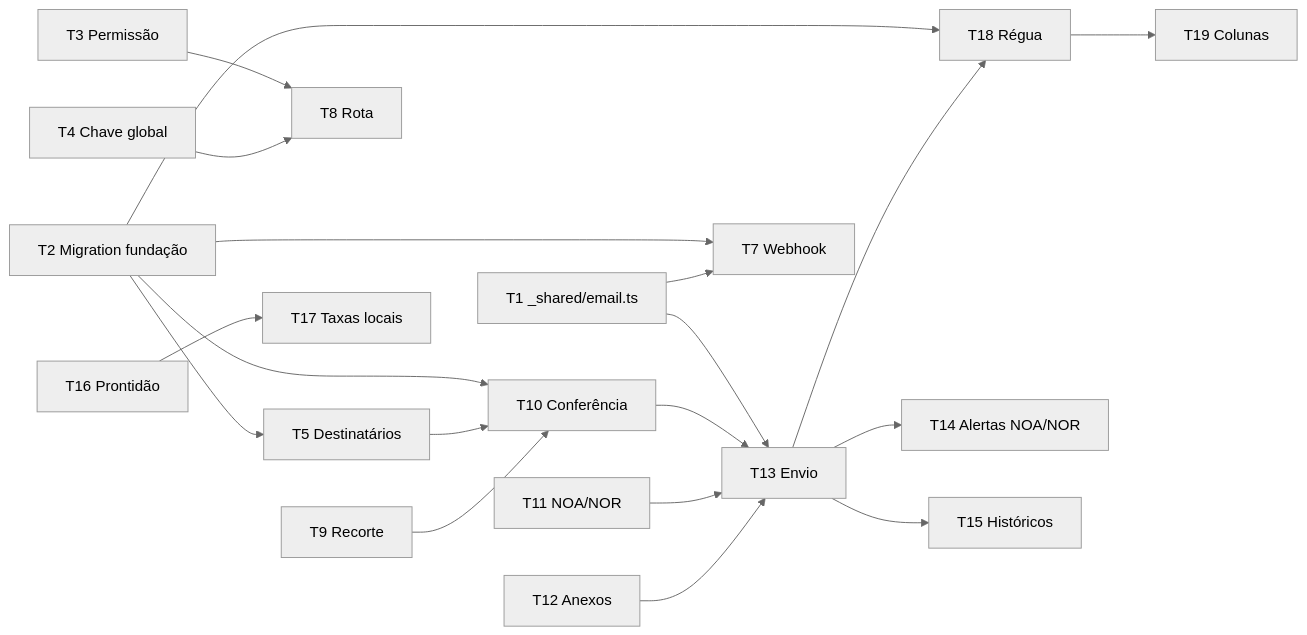
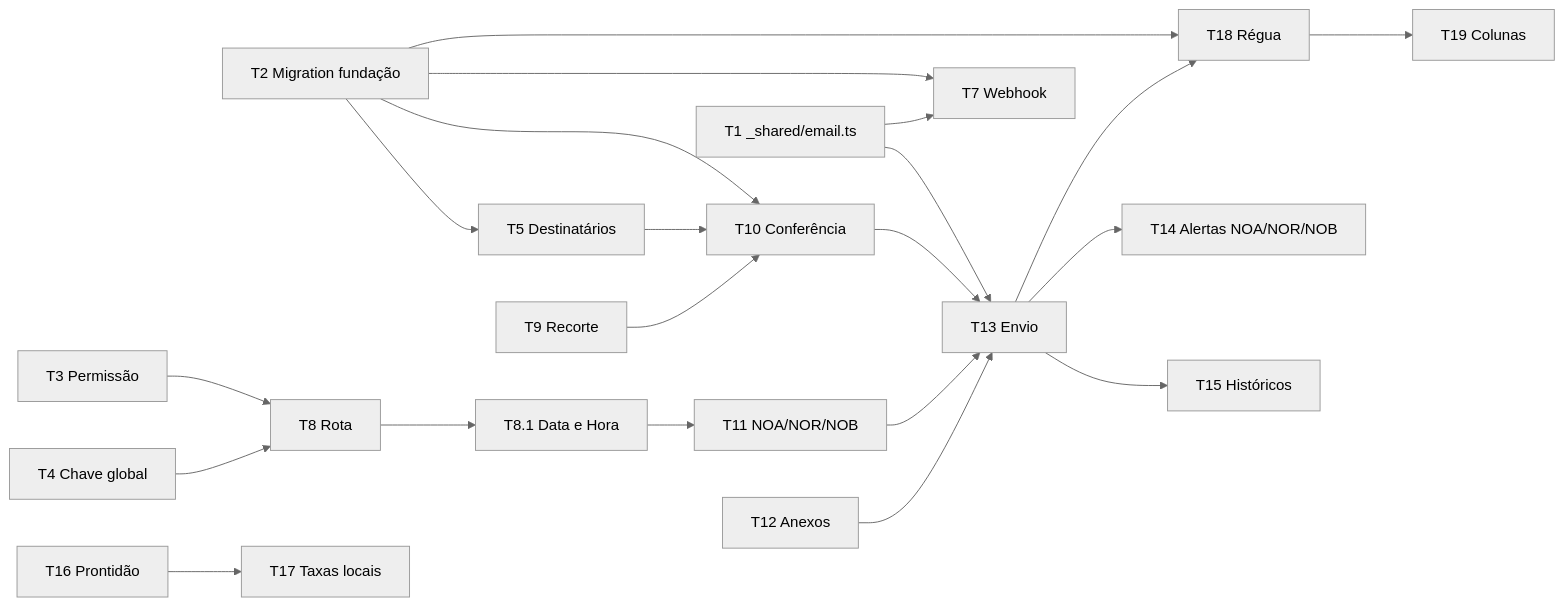
One commit to luccafwlog/transhippingdesk changed the diagram in docs/plans/2026-08-27-comunicacao-email-clientes.md. Above: the diagram before and after it, drawn with Mermaid (neutral theme). The commit also changed other lines of this file and 2 other files, not shown here.

````diff
--- a/docs/plans/2026-08-27-comunicacao-email-clientes.md
+++ b/docs/plans/2026-08-27-comunicacao-email-clientes.md
@@ -808,21 +939,23 @@
 ```mermaid
 flowchart LR
   T1[T1 _shared/email.ts] --> T13[T13 Envio]
   T2[T2 Migration fundação] --> T5[T5 Destinatários]
   T2 --> T7[T7 Webhook]
   T2 --> T10[T10 Conferência]
   T2 --> T18[T18 Régua]
   T1 --> T7
   T3[T3 Permissão] --> T8[T8 Rota]
   T4[T4 Chave global] --> T8
+  T8 --> T81[T8.1 Data e Hora]
+  T81 --> T11[T11 NOA/NOR/NOB]
   T5 --> T10
   T9[T9 Recorte] --> T10
   T10 --> T13
-  T11[T11 NOA/NOR] --> T13
+  T11 --> T13
   T12[T12 Anexos] --> T13
-  T13 --> T14[T14 Alertas NOA/NOR]
+  T13 --> T14[T14 Alertas NOA/NOR/NOB]
   T13 --> T15[T15 Históricos]
   T16[T16 Prontidão] --> T17[T17 Taxas locais]
   T13 --> T18
   T18 --> T19[T19 Colunas]
 ```
````
